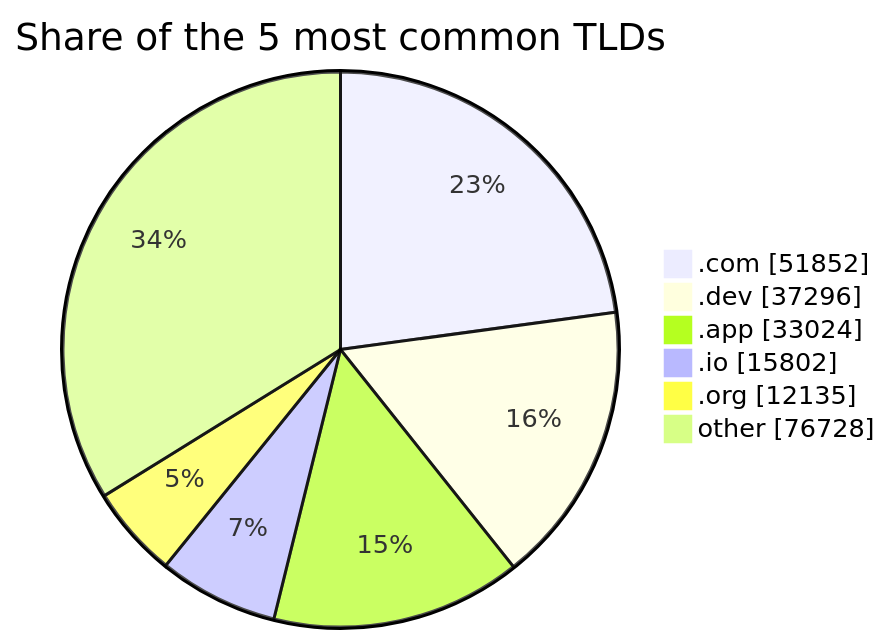
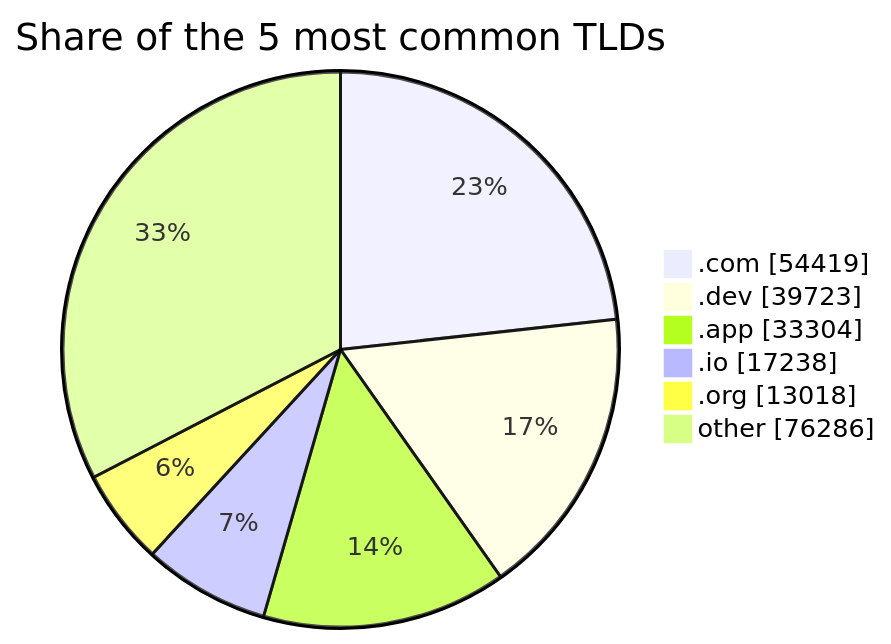
The second of 2 diagrams in README.md (DNSBunker/CTI), drawn with Mermaid before and after one commit. The commit also changed other lines of this file and 3 other files, not shown here.

````diff
--- a/README.md
+++ b/README.md
@@ -72,9 +72,9 @@
 ```mermaid
 pie showData title Share of the 5 most common TLDs
-    ".com" : 51852
-    ".dev" : 37296
-    ".app" : 33024
-    ".io" : 15802
-    ".org" : 12135
-    "other" : 76728
+    ".com" : 54419
+    ".dev" : 39723
+    ".app" : 33304
+    ".io" : 17238
+    ".org" : 13018
+    "other" : 76286
 ```
````
